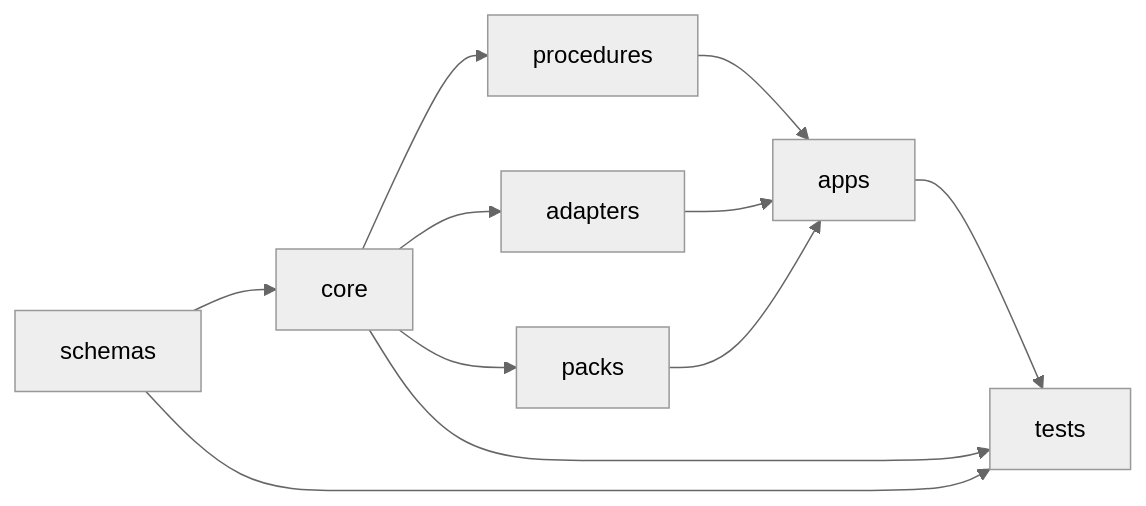
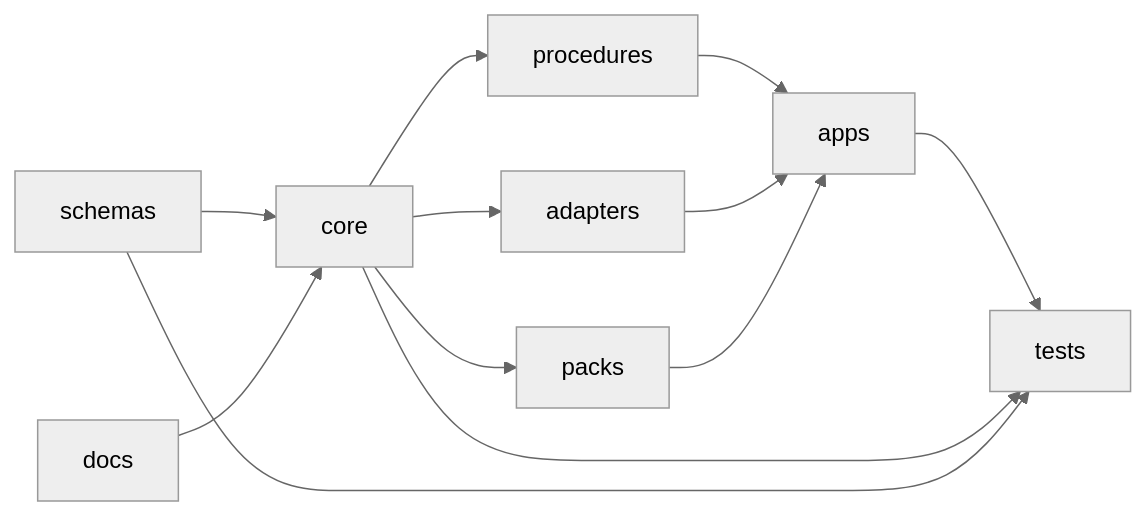
Before and after one commit to hadijannat/dataspace-control-plane: the diagram in README.md, drawn with Mermaid (neutral theme). The commit also changed other lines of this file, not shown here.

````diff
--- a/README.md
+++ b/README.md
@@ -50,13 +50,14 @@
 ```mermaid
 graph LR
     schemas --> core
+    docs --> core
     core --> procedures
     core --> adapters
     core --> packs
     procedures --> apps
     adapters --> apps
     packs --> apps
     apps --> tests
     core --> tests
     schemas --> tests
 ```
````
